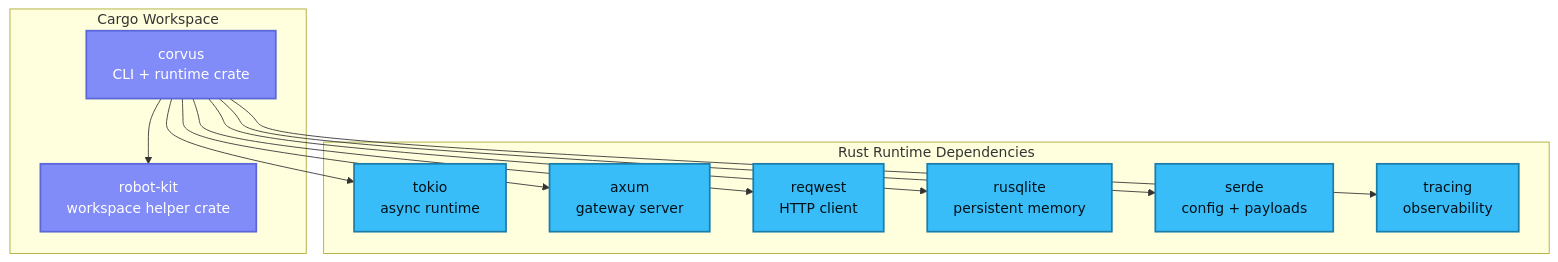
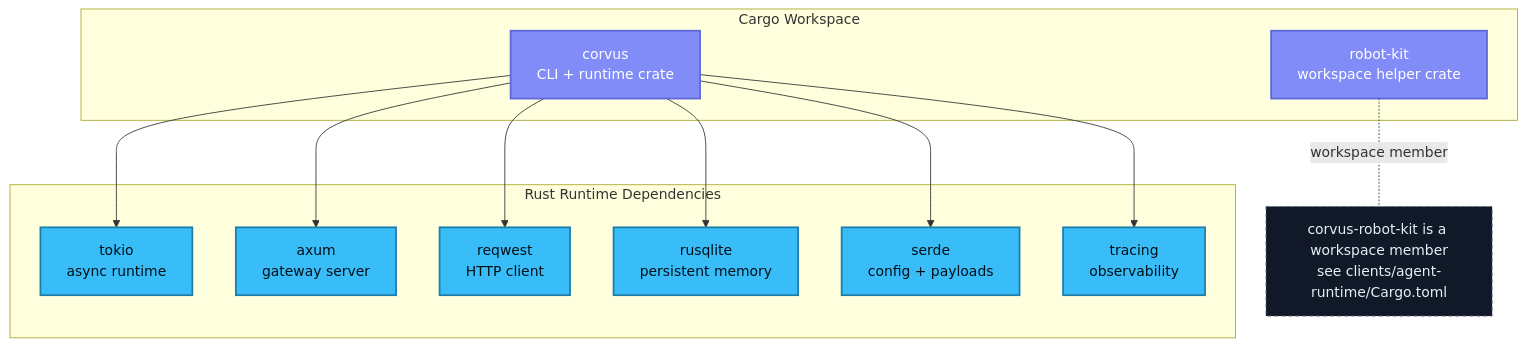
Before and after one commit to dallay/corvus: the diagram in clients/web/apps/docs/public/guides/architecture/diagrams/cargo-dependencies.mmd, drawn with Mermaid. The commit also changed 4 other files, not shown here.

Commit message:
docs(web): align docs urls and cargo diagram semantics

```diff
--- a/clients/web/apps/docs/public/guides/architecture/diagrams/cargo-dependencies.mmd
+++ b/clients/web/apps/docs/public/guides/architecture/diagrams/cargo-dependencies.mmd
@@ -1,30 +1,32 @@
 ---
 # Cargo Dependencies Diagram - Corvus Runtime
 # Updated: 2026-03-09
 ---
 
 flowchart TB
   subgraph WORKSPACE["Cargo Workspace"]
     CORVUS["corvus\nCLI + runtime crate"]:::crate
     ROBOT["robot-kit\nworkspace helper crate"]:::crate
   end
 
   subgraph RUST_ECOSYSTEM["Rust Runtime Dependencies"]
     TOKIO["tokio\nasync runtime"]:::dep
     AXUM["axum\ngateway server"]:::dep
     REQWEST["reqwest\nHTTP client"]:::dep
     SQLITE["rusqlite\npersistent memory"]:::dep
     SERDE["serde\nconfig + payloads"]:::dep
     TRACE["tracing\nobservability"]:::dep
   end
 
-  CORVUS --> ROBOT
+  NOTE_WORKSPACE["corvus-robot-kit is a workspace member\nsee clients/agent-runtime/Cargo.toml"]:::note
+  ROBOT -. workspace member .- NOTE_WORKSPACE
   CORVUS --> TOKIO
   CORVUS --> AXUM
   CORVUS --> REQWEST
   CORVUS --> SQLITE
   CORVUS --> SERDE
   CORVUS --> TRACE
 
   classDef crate fill:#818cf8,stroke:#5b67d8,stroke-width:2px,color:#fff
   classDef dep fill:#38bdf8,stroke:#1d7ca8,stroke-width:2px,color:#001018
+  classDef note fill:#111827,stroke:#64748b,stroke-dasharray: 4 4,color:#e5eefc
```
